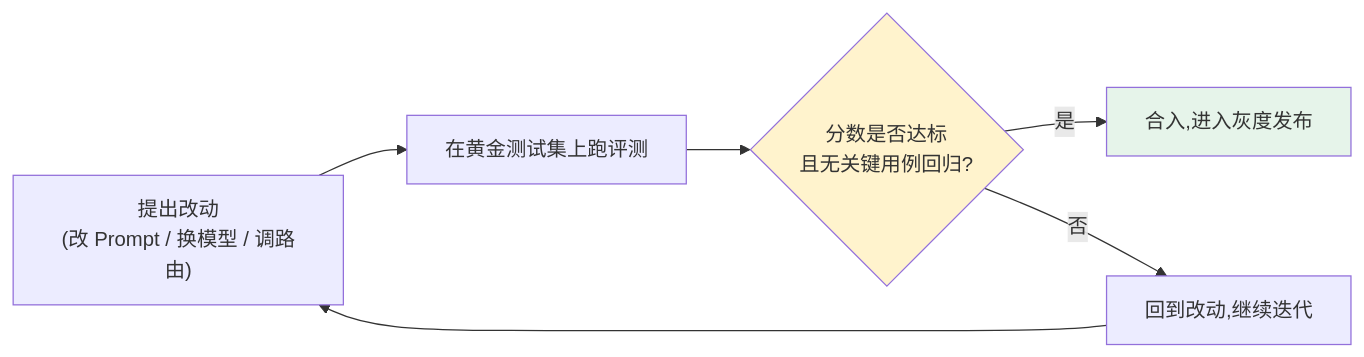
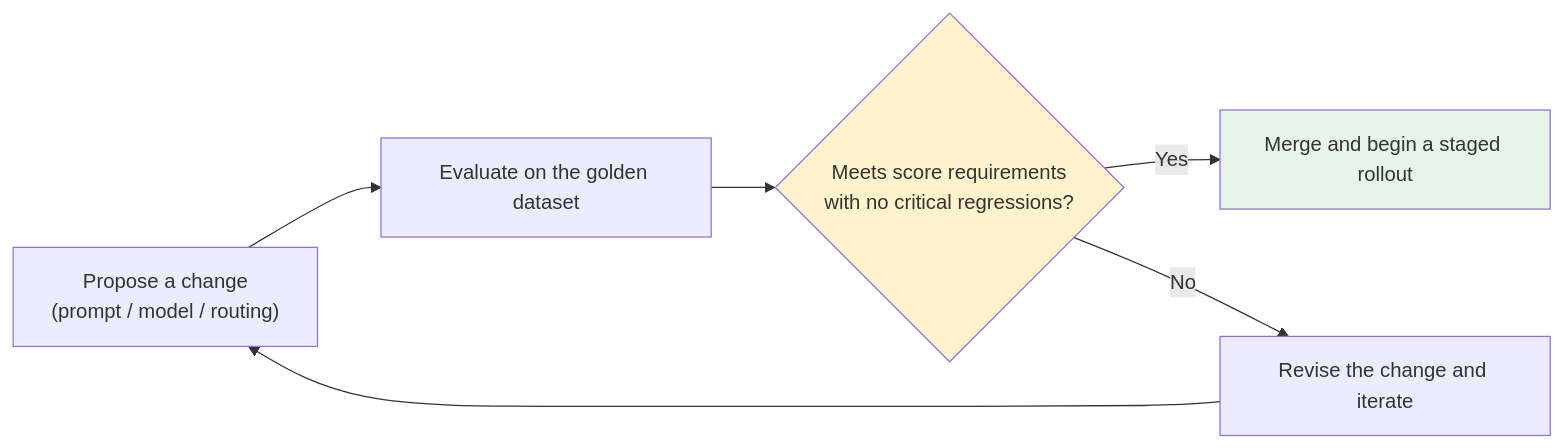
The diagram in docs/engineering/04-evaluation-observability/07-offline-eval-eval-driven-development.md (oneleaveknowsthefall/awesome-ai-roadmap), drawn with Mermaid before and after one commit. The commit also changed other lines of this file and 82 other files, not shown here.

````diff
--- a/docs/engineering/04-evaluation-observability/07-offline-eval-eval-driven-development.md
+++ b/docs/engineering/04-evaluation-observability/07-offline-eval-eval-driven-development.md
@@ -11,11 +11,11 @@
 ```mermaid
 flowchart LR
-    A["提出改动<br/>(改 Prompt / 换模型 / 调路由)"] --> B["在黄金测试集上跑评测"]
-    B --> C{"分数是否达标<br/>且无关键用例回归?"}
-    C -->|是| D["合入,进入灰度发布"]
-    C -->|否| E["回到改动,继续迭代"]
+    A["Propose a change<br/>(prompt / model / routing)"] --> B["Evaluate on the golden dataset"]
+    B --> C{"Meets score requirements<br/>with no critical regressions?"}
+    C -->|Yes| D["Merge and begin a staged rollout"]
+    C -->|No| E["Revise the change and iterate"]
     E --> A
 
     style C fill:#fff3cd
     style D fill:#e6f4ea
 ```
````
